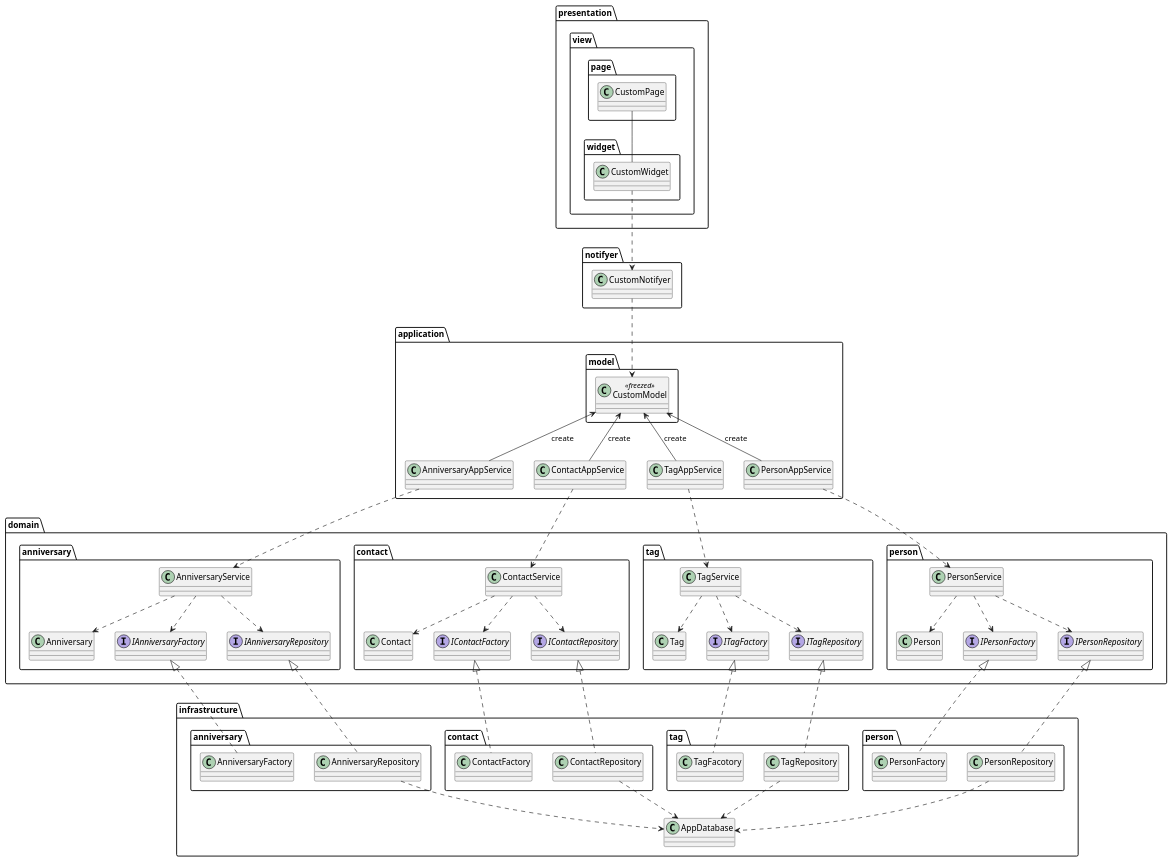
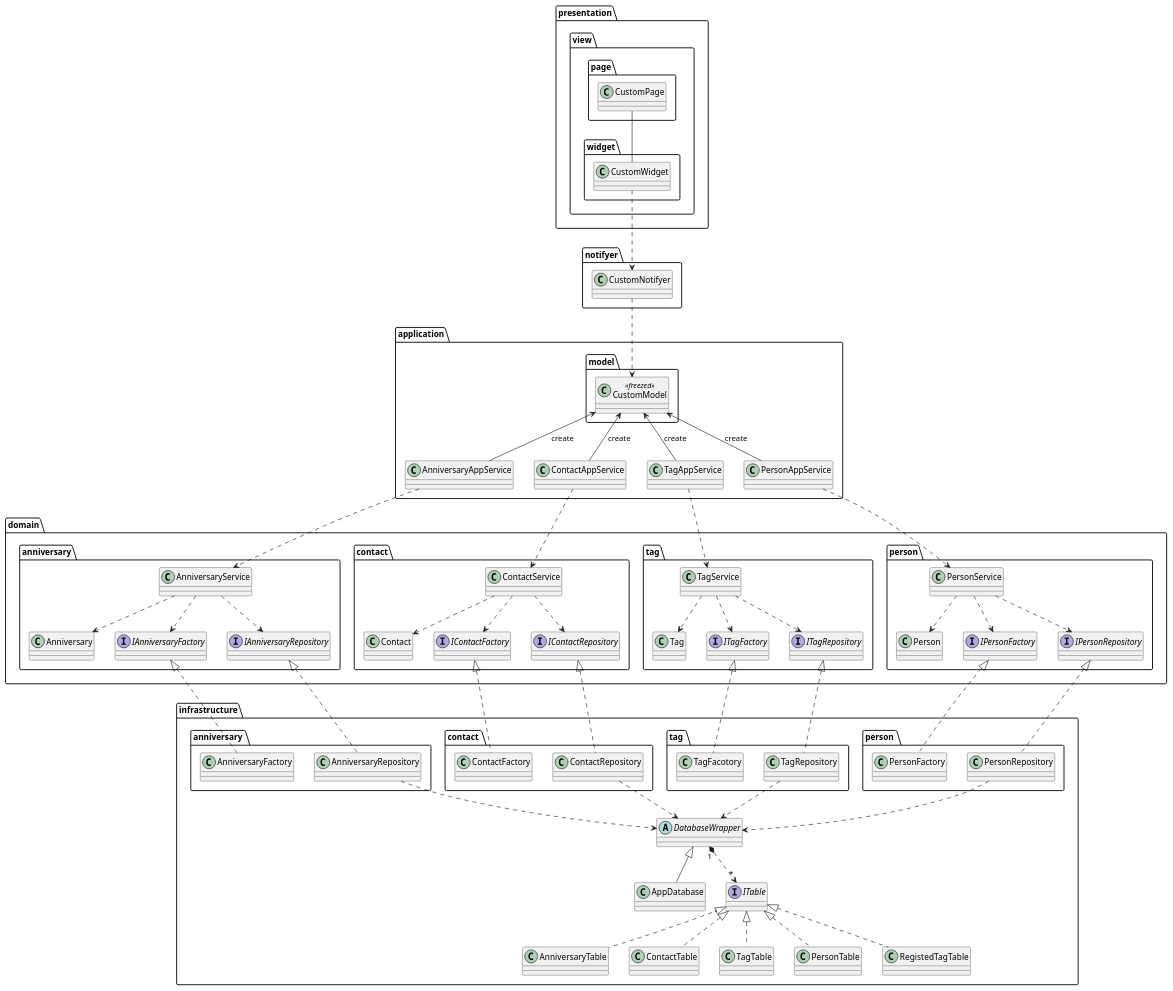
One commit to nmskm240/friend_list changed the diagram in uml/class_diagram.pu. Above: the diagram before and after it, drawn with PlantUML. The commit also changed 3 other files, not shown here.

Commit message:
create er diagram

```diff
--- a/uml/class_diagram.pu
+++ b/uml/class_diagram.pu
@@ -1,126 +1,140 @@
 @startuml
 
 package presentation {
     package view {
         package page {
             class CustomPage
         }
         package widget {
             class CustomWidget
         }
     }
 }
 
 package notifyer {
     class CustomNotifyer
 }
 
 package application {
     package model {
         class CustomModel<<freezed>>
     }
     class AnniversaryAppService
     class ContactAppService
     class TagAppService
     class PersonAppService
 }
 
 package domain {
     package anniversary {
         class Anniversary
         class AnniversaryService
         interface IAnniversaryFactory
         interface IAnniversaryRepository
     }
     package contact {
         class Contact
         class ContactService
         interface IContactFactory
         interface IContactRepository
     }
     package tag {
         class Tag
         class TagService
         interface ITagFactory
         interface ITagRepository
     }
     package person {
         class Person
         class PersonService
         interface IPersonFactory
         interface IPersonRepository
     }
 }
 
 package infrastructure {
     package "anniversary " {
         class AnniversaryFactory
         class AnniversaryRepository
     }
     package "contact " {
         class ContactFactory
         class ContactRepository
     }
     package "tag " {
         class TagFacotory
         class TagRepository
     }
     package "person " {
         class PersonFactory
         class PersonRepository
     }
     class AppDatabase
+    class AnniversaryTable
+    class ContactTable
+    class TagTable
+    class PersonTable
+    class RegistedTagTable
+    abstract DatabaseWrapper
+    interface ITable
 }
 
 ' view
 CustomPage -- CustomWidget
 
 ' view - notifyer
 CustomWidget ..> CustomNotifyer
 
 ' notifyer - application
 CustomNotifyer ..> CustomModel
 
 ' application
 CustomModel <-- AnniversaryAppService : create
 CustomModel <-- ContactAppService : create
 CustomModel <-- TagAppService : create
 CustomModel <-- PersonAppService : create
 
 ' application - domain
 AnniversaryAppService ..> AnniversaryService
 ContactAppService ..> ContactService
 TagAppService ..> TagService
 PersonAppService ..> PersonService
 
 ' domain
 AnniversaryService ..> Anniversary
 AnniversaryService ..> IAnniversaryFactory
 AnniversaryService ..> IAnniversaryRepository
 ContactService ..> Contact
 ContactService ..> IContactFactory
 ContactService ..> IContactRepository
 TagService ..> Tag
 TagService ..> ITagFactory
 TagService ..> ITagRepository
 PersonService ..> Person
 PersonService ..> IPersonRepository
 PersonService ..> IPersonFactory
 
 ' domain - infrastructure
 IAnniversaryRepository <|.. AnniversaryRepository
 IAnniversaryFactory <|.. AnniversaryFactory
 IContactFactory <|.. ContactFactory
 IContactRepository <|.. ContactRepository
 ITagFactory <|.. TagFacotory
 ITagRepository <|.. TagRepository
 IPersonFactory <|.. PersonFactory
 IPersonRepository <|.. PersonRepository
 
 ' infrastructure
-AnniversaryRepository ..> AppDatabase
-ContactRepository ..> AppDatabase
-TagRepository ..> AppDatabase
-PersonRepository ..> AppDatabase
+AnniversaryRepository ..> DatabaseWrapper
+ContactRepository ..> DatabaseWrapper
+TagRepository ..> DatabaseWrapper
+PersonRepository ..> DatabaseWrapper
+DatabaseWrapper <|-- AppDatabase
+DatabaseWrapper "1" *..> "*" ITable
+ITable <|.. AnniversaryTable
+ITable <|.. ContactTable
+ITable <|.. TagTable
+ITable <|.. PersonTable
+ITable <|.. RegistedTagTable
 
 @enduml
```
